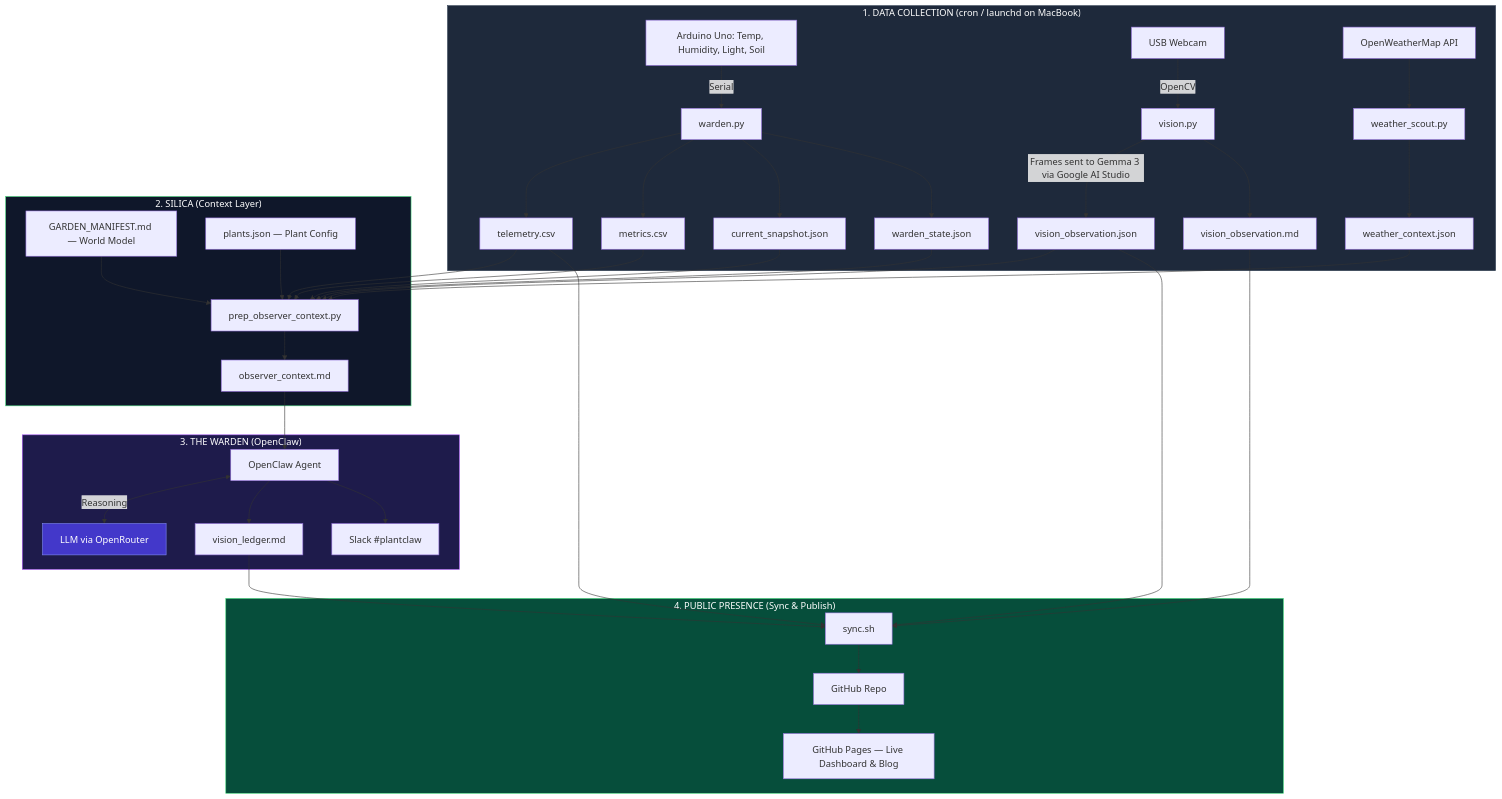
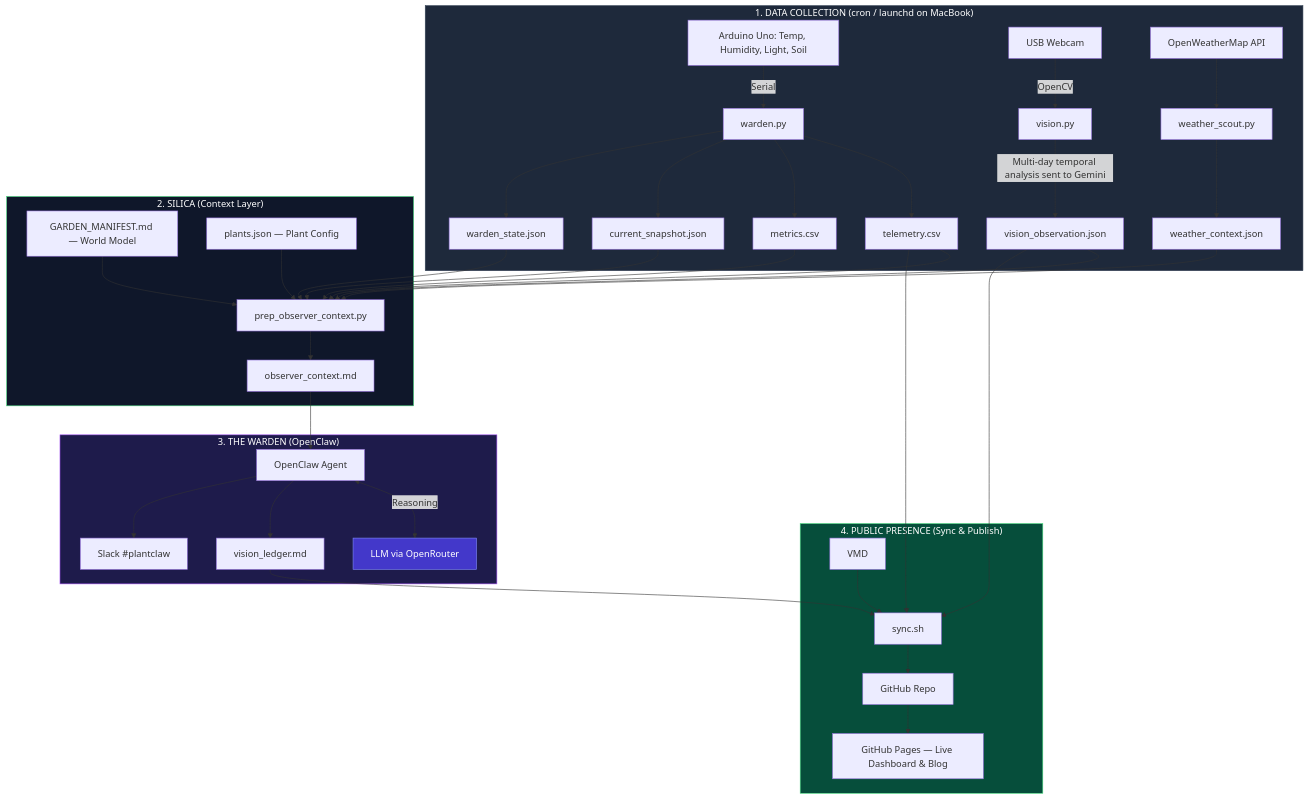
One commit to surendranb/gardenbot changed the diagram in src/docs/architecture.md. Above: the diagram before and after it, drawn with Mermaid. The commit also changed other lines of this file and 10 other files, not shown here.

````diff
--- a/src/docs/architecture.md
+++ b/src/docs/architecture.md
@@ -34,49 +34,48 @@
 ```mermaid
 graph TD
     %% Layer 1: Data Collection
     subgraph Collection["1. DATA COLLECTION (cron / launchd on MacBook)"]
         AR[Arduino Uno: Temp, Humidity, Light, Soil] -->|Serial| WPY[warden.py]
         WPY --> CSV[telemetry.csv]
         WPY --> MET[metrics.csv]
         WPY --> SNS[current_snapshot.json]
         WPY --> STS[warden_state.json]
 
         CAM[USB Webcam] -->|OpenCV| VPY[vision.py]
-        VPY -->|Frames sent to Gemma 3 via Google AI Studio| VJS[vision_observation.json]
-        VPY --> VMD[vision_observation.md]
+        VPY -->|Multi-day temporal analysis sent to Gemini| VJS[vision_observation.json]
 
         OWM[OpenWeatherMap API] --> WSC[weather_scout.py]
         WSC --> WTH[weather_context.json]
     end
 
     %% Layer 2: SILICA Context Layer
     subgraph SILICA["2. SILICA (Context Layer)"]
         CSV & MET & SNS & STS & VJS & WTH --> POC[prep_observer_context.py]
         GM[GARDEN_MANIFEST.md — World Model] --> POC
         PC[plants.json — Plant Config] --> POC
         POC --> CTX[observer_context.md]
     end
 
     %% Layer 3: The Warden / Observer
     subgraph Warden["3. THE WARDEN (OpenClaw)"]
         CTX --> OC[OpenClaw Agent]
         OC <-->|Reasoning| LLM[LLM via OpenRouter]
         OC --> LDG[vision_ledger.md]
         OC --> SLK[Slack #plantclaw]
     end
 
     %% Layer 4: Public Presence
     subgraph Public["4. PUBLIC PRESENCE (Sync & Publish)"]
         LDG --> SYNC[sync.sh]
         CSV & VJS & VMD --> SYNC
         SYNC --> GH[GitHub Repo]
         GH --> WEB[GitHub Pages — Live Dashboard & Blog]
     end
 
     %% Styling
     style Collection fill:#1e293b,stroke:#334155,color:#fff
     style SILICA fill:#0f172a,stroke:#4ade80,color:#fff
     style Warden fill:#1e1b4b,stroke:#a855f7,color:#fff
     style Public fill:#064e3b,stroke:#4ade80,color:#fff
     style LLM fill:#4338ca,stroke:#818cf8,color:#fff
 ```
````
